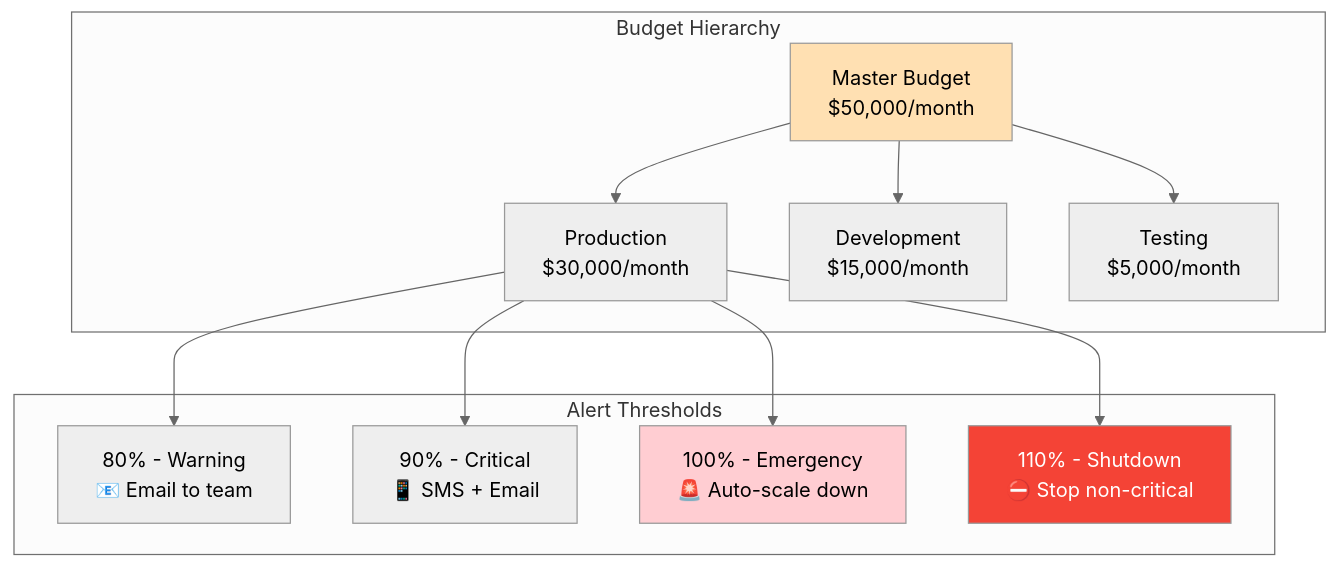
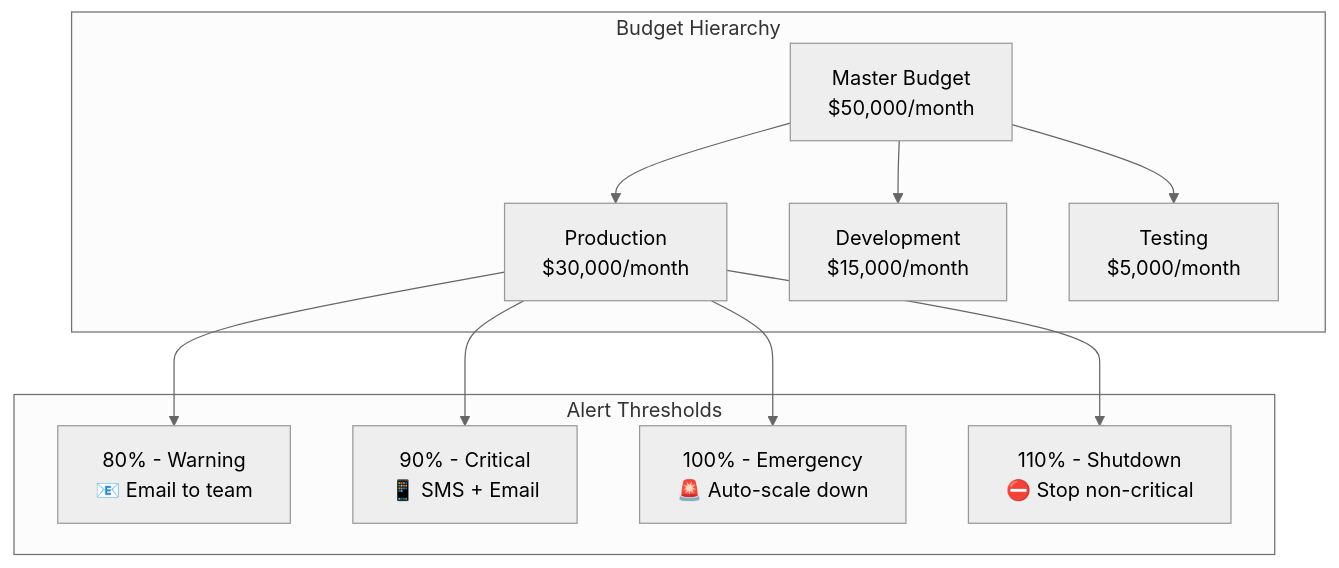
The sixth of 9 diagrams in docs/COST_OPTIMIZATION_GUIDE.md (srnichols/StampsPattern), drawn with Mermaid (neutral theme) before and after one commit. The commit also changed other lines of this file and 10 other files, not shown here.

Commit message:
docs: add Mermaid theme sample with per-diagram init (neutral/dark)

````diff
--- a/docs/COST_OPTIMIZATION_GUIDE.md
+++ b/docs/COST_OPTIMIZATION_GUIDE.md
@@ -384,28 +370,26 @@
 ```mermaid
 graph TD
     subgraph "Budget Hierarchy"
         A[Master Budget<br/>$50,000/month]
         B[Production<br/>$30,000/month]
         C[Development<br/>$15,000/month]
         D[Testing<br/>$5,000/month]
     end
     
     subgraph "Alert Thresholds"
         E[80% - Warning<br/>📧 Email to team]
         F[90% - Critical<br/>📱 SMS + Email]
         G[100% - Emergency<br/>🚨 Auto-scale down]
         H[110% - Shutdown<br/>⛔ Stop non-critical]
     end
     
     A --> B
     A --> C  
     A --> D
     B --> E
     B --> F
     B --> G
     B --> H
     
-    style A fill:#FFE0B2
-    style G fill:#FFCDD2
-    style H fill:#F44336,color:#ffffff
+    
 ```
````
